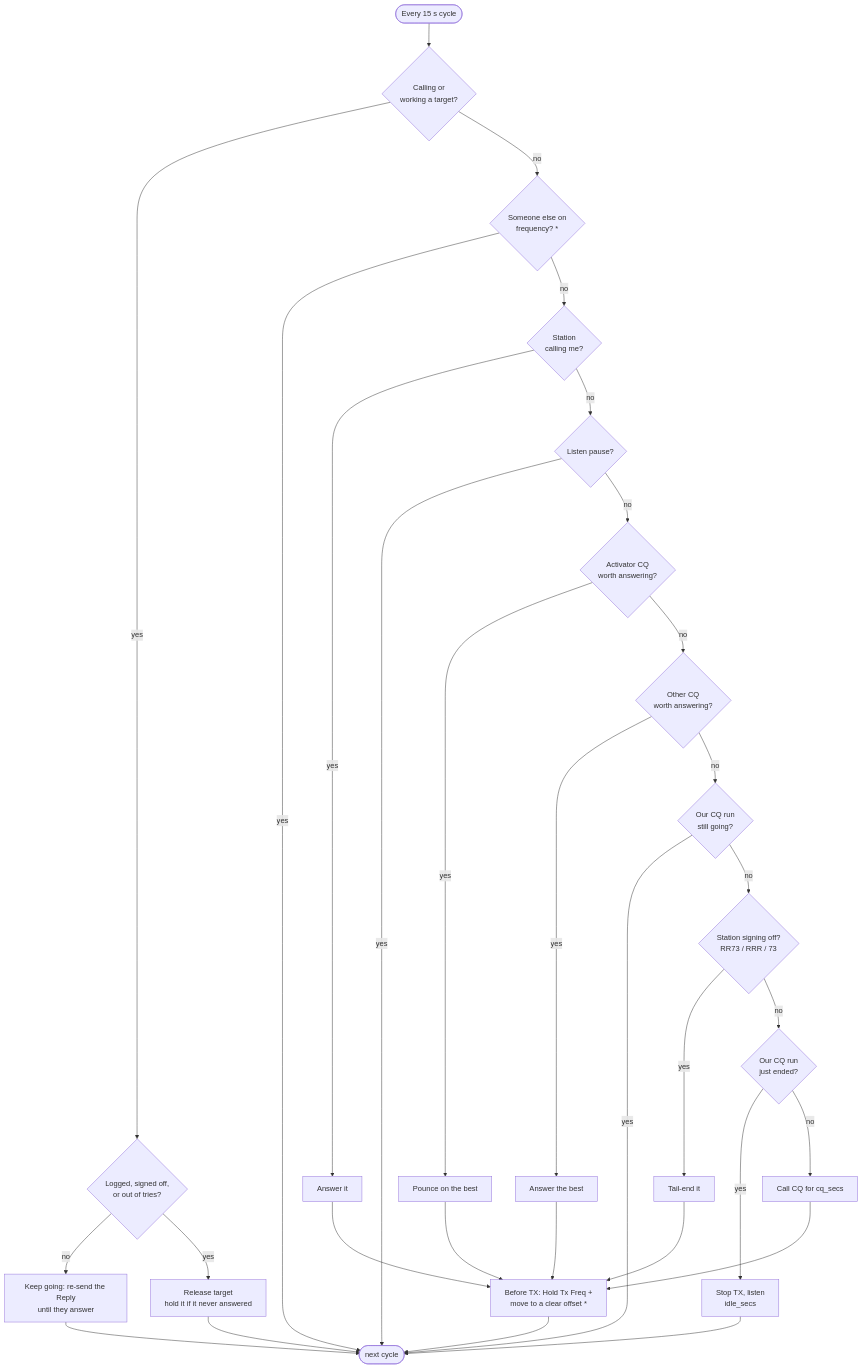
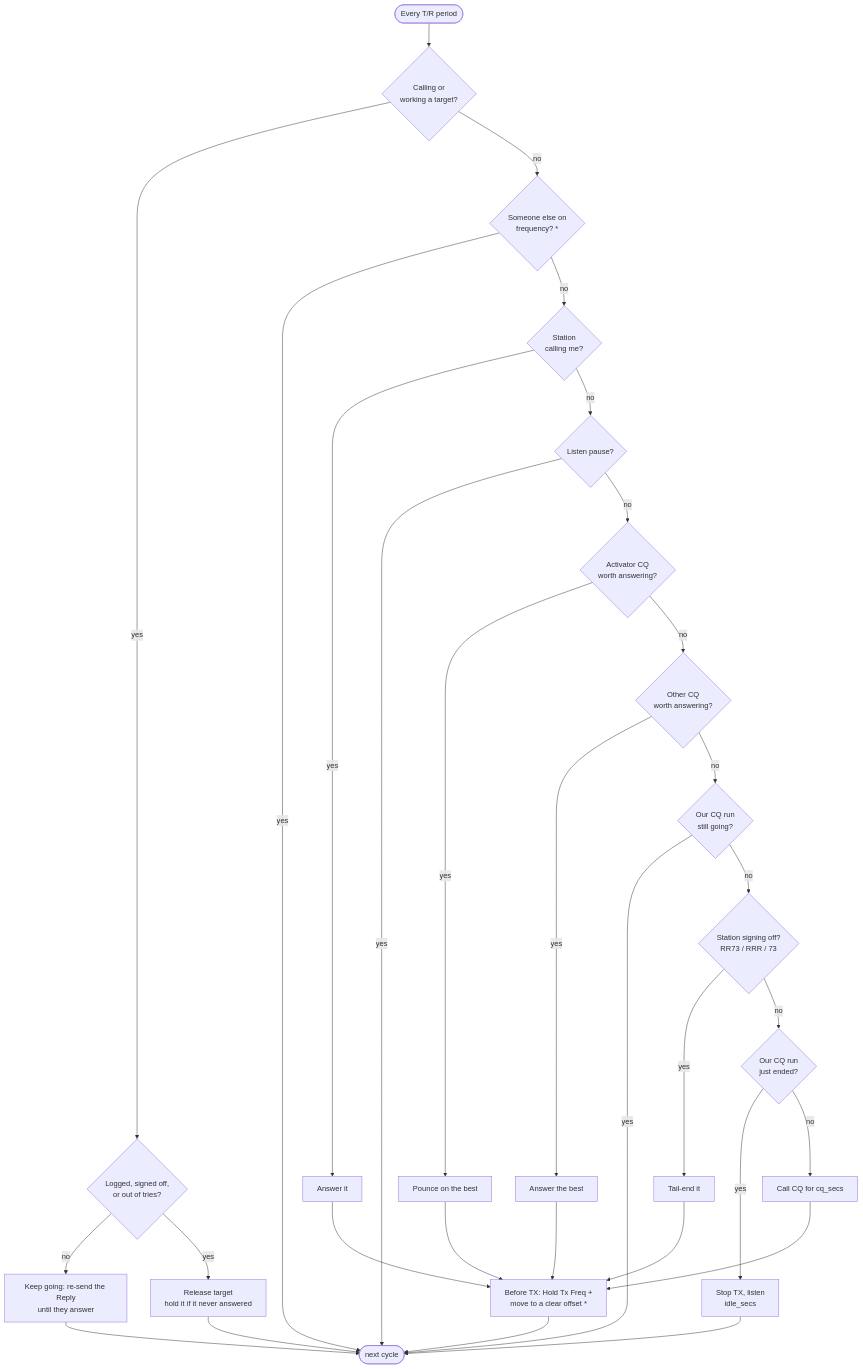
The diagram in README.md (TheBengineer/FT8-Hunter), drawn with Mermaid before and after one commit. The commit also changed other lines of this file and 3 other files, not shown here.

````diff
--- a/README.md
+++ b/README.md
@@ -24,25 +25,25 @@
 ```mermaid
 flowchart TD
-    tick([Every 15 s cycle]) --> tgt{Calling or<br/>working a target?}
+    tick([Every T/R period]) --> tgt{Calling or<br/>working a target?}
     tgt -- yes --> fin{Logged, signed off,<br/>or out of tries?}
     fin -- no --> keep[Keep going: re-send the Reply<br/>until they answer] --> wait([next cycle])
     fin -- yes --> rel[Release target<br/>hold it if it never answered] --> wait
     tgt -- no --> qrm{Someone else on<br/>frequency? *}
     qrm -- yes --> wait
     qrm -- no --> caller{Station<br/>calling me?}
     caller -- yes --> ans[Answer it]
     caller -- no --> rest{Listen pause?}
     rest -- yes --> wait
     rest -- no --> act{Activator CQ<br/>worth answering?}
     act -- yes --> pounce[Pounce on the best]
     act -- no --> cq{Other CQ<br/>worth answering?}
     cq -- yes --> reply[Answer the best]
     cq -- no --> mine{Our CQ run<br/>still going?}
     mine -- yes --> wait
     mine -- no --> tail{Station signing off?<br/>RR73 / RRR / 73}
     tail -- yes --> tailend[Tail-end it]
     tail -- no --> over{Our CQ run<br/>just ended?}
     over -- yes --> listen[Stop TX, listen<br/>idle_secs] --> wait
     over -- no --> callcq[Call CQ for cq_secs]
     ans & pounce & reply & tailend & callcq --> tune[Before TX: Hold Tx Freq +<br/>move to a clear offset *] --> wait
 ```
````
